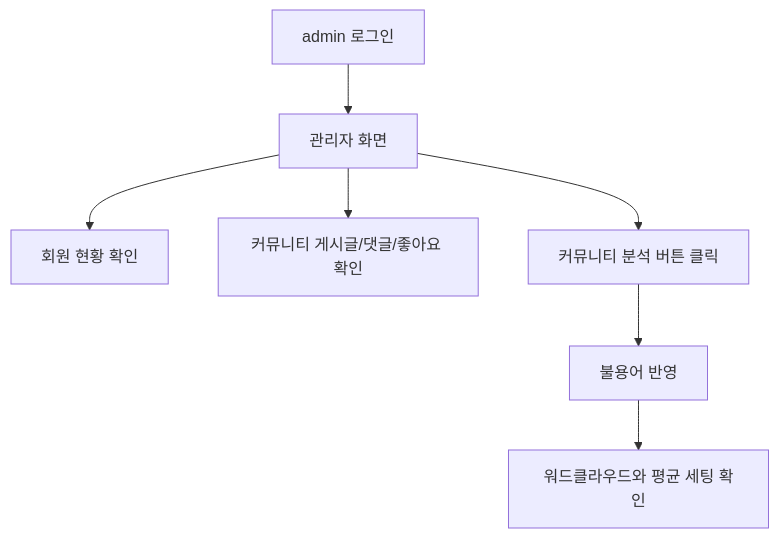
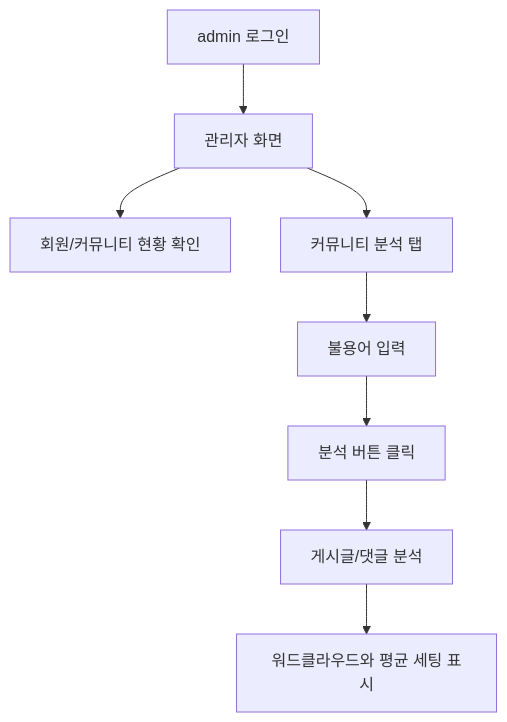
Before and after one commit to windycar/LG_E_DX_School-DX_Project: the third of 3 diagrams in 화면설계서_작성가이드.md, drawn with Mermaid. The commit also changed other lines of this file and 2 other files, not shown here.

````diff
--- a/화면설계서_작성가이드.md
+++ b/화면설계서_작성가이드.md
@@ -200,9 +265,10 @@
 ```mermaid
 flowchart TD
     A["admin 로그인"] --> B["관리자 화면"]
-    B --> C["회원 현황 확인"]
-    B --> D["커뮤니티 게시글/댓글/좋아요 확인"]
-    B --> E["커뮤니티 분석 버튼 클릭"]
-    E --> F["불용어 반영"]
-    F --> G["워드클라우드와 평균 세팅 확인"]
+    B --> C["회원/커뮤니티 현황 확인"]
+    B --> D["커뮤니티 분석 탭"]
+    D --> E["불용어 입력"]
+    E --> F["분석 버튼 클릭"]
+    F --> G["게시글/댓글 분석"]
+    G --> H["워드클라우드와 평균 세팅 표시"]
 ```
````
